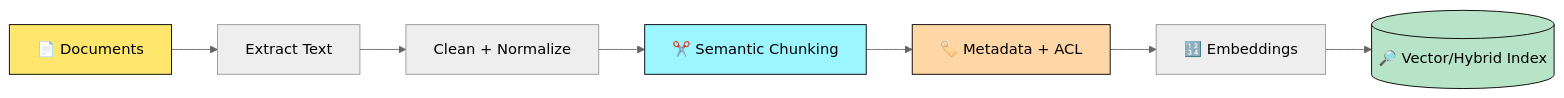
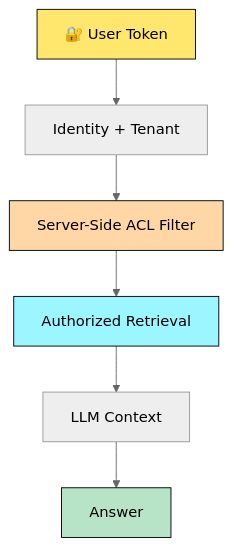
One commit to azam123/Engineering-Interview-Prep changed the second of 3 diagrams in 05-GenAI-RAG-Interview-QA.md. Above: the diagram before and after it, drawn with Mermaid (neutral theme). The commit also changed other lines of this file, not shown here.

Commit message:
Add colorful question and answer formatting to GenAI RAG guide

````diff
--- a/05-GenAI-RAG-Interview-QA.md
+++ b/05-GenAI-RAG-Interview-QA.md
@@ -99,14 +125,13 @@
 ```mermaid
-flowchart LR
-    A[📄 Documents] --> B[Extract Text]
-    B --> C[Clean + Normalize]
-    C --> D[✂️ Semantic Chunking]
-    D --> E[🏷️ Metadata + ACL]
-    E --> F[🔢 Embeddings]
-    F --> G[(🔎 Vector/Hybrid Index)]
+flowchart TD
+    A[🔐 User Token] --> B[Identity + Tenant]
+    B --> C[Server-Side ACL Filter]
+    C --> D[Authorized Retrieval]
+    D --> E[LLM Context]
+    E --> F[Answer]
 
     style A fill:#ffe66d,color:#000,stroke:#000
+    style C fill:#ffd6a5,color:#000,stroke:#000
     style D fill:#9bf6ff,color:#000,stroke:#000
-    style E fill:#ffd6a5,color:#000,stroke:#000
-    style G fill:#b7e4c7,color:#000,stroke:#000
+    style F fill:#b7e4c7,color:#000,stroke:#000
 ```
````
